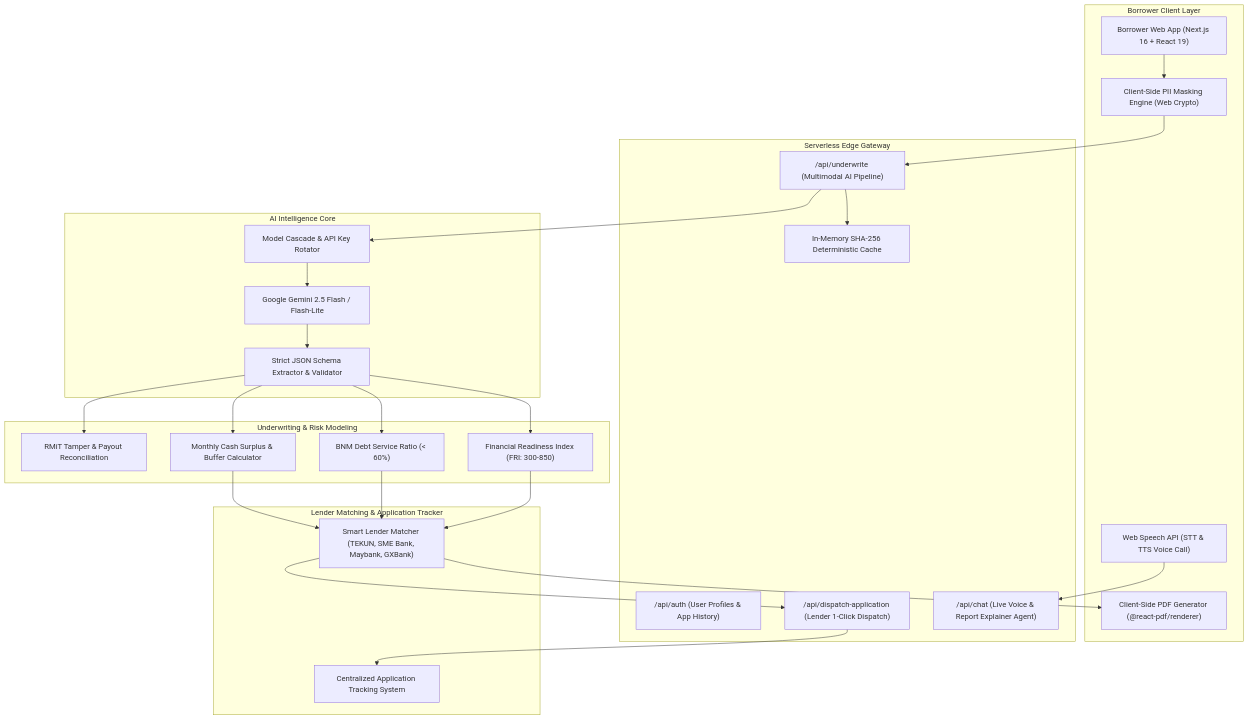
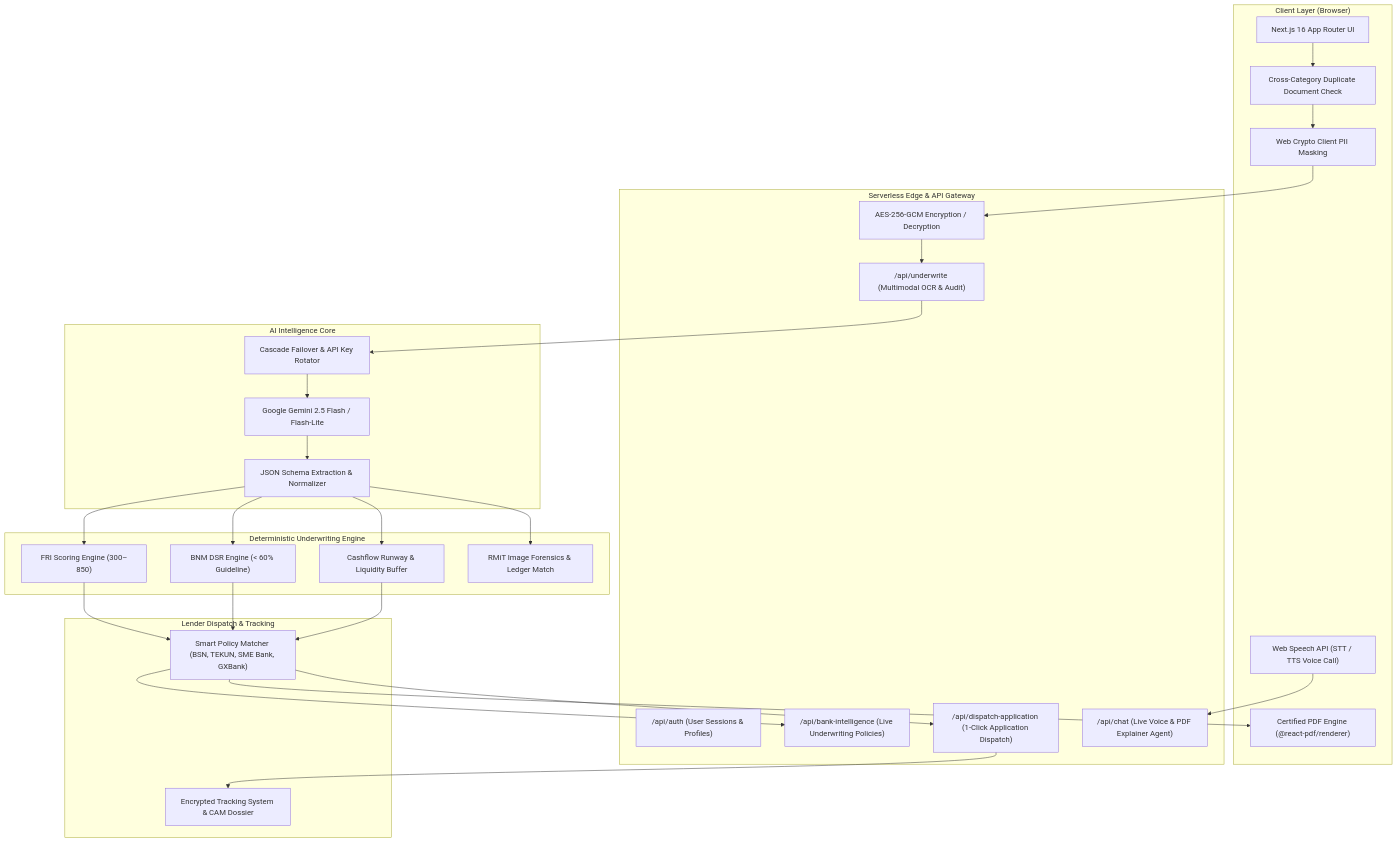
The diagram in README.md (RS-cloud14/Loan-La), drawn with Mermaid before and after one commit. The commit also changed other lines of this file, not shown here.

Commit message:
docs: update README with SME scope, AES-256 security, business model, and full architecture

````diff
--- a/README.md
+++ b/README.md
@@ -109,51 +102,55 @@
 ```mermaid
 graph TD
-    subgraph "Borrower Client Layer"
-        UI["Borrower Web App (Next.js 16 + React 19)"]
-        PII["Client-Side PII Masking Engine (Web Crypto)"]
-        Voice["Web Speech API (STT & TTS Voice Call)"]
-        PDFGen["Client-Side PDF Generator (@react-pdf/renderer)"]
+    subgraph "Client Layer (Browser)"
+        UI["Next.js 16 App Router UI"]
+        DocCheck["Cross-Category Duplicate Document Check"]
+        PII["Web Crypto Client PII Masking"]
+        VoiceAgent["Web Speech API (STT / TTS Voice Call)"]
+        PDFRenderer["Certified PDF Engine (@react-pdf/renderer)"]
     end
 
-    subgraph "Serverless Edge Gateway"
-        AuthAPI["/api/auth (User Profiles & App History)"]
-        UnderwriteAPI["/api/underwrite (Multimodal AI Pipeline)"]
-        ChatAPI["/api/chat (Live Voice & Report Explainer Agent)"]
-        DispatchAPI["/api/dispatch-application (Lender 1-Click Dispatch)"]
-        Cache["In-Memory SHA-256 Deterministic Cache"]
+    subgraph "Serverless Edge & API Gateway"
+        AuthAPI["/api/auth (User Sessions & Profiles)"]
+        UnderwriteAPI["/api/underwrite (Multimodal OCR & Audit)"]
+        ChatAPI["/api/chat (Live Voice & PDF Explainer Agent)"]
+        BankIntelAPI["/api/bank-intelligence (Live Underwriting Policies)"]
+        DispatchAPI["/api/dispatch-application (1-Click Application Dispatch)"]
+        CryptoLayer["AES-256-GCM Encryption / Decryption"]
     end
 
     subgraph "AI Intelligence Core"
         GeminiFlash["Google Gemini 2.5 Flash / Flash-Lite"]
-        Rotator["Model Cascade & API Key Rotator"]
-        JSONParser["Strict JSON Schema Extractor & Validator"]
+        ModelRotator["Cascade Failover & API Key Rotator"]
+        StrictParser["JSON Schema Extraction & Normalizer"]
     end
 
-    subgraph "Underwriting & Risk Modeling"
-        FRIEngine["Financial Readiness Index (FRI: 300-850)"]
-        DSREngine["BNM Debt Service Ratio (< 60%)"]
-        SurplusEngine["Monthly Cash Surplus & Buffer Calculator"]
-        ForensicsEngine["RMiT Tamper & Payout Reconciliation"]
+    subgraph "Deterministic Underwriting Engine"
+        FRICalc["FRI Scoring Engine (300–850)"]
+        DSRCalc["BNM DSR Engine (< 60% Guideline)"]
+        SurplusCalc["Cashflow Runway & Liquidity Buffer"]
+        ForensicsEngine["RMiT Image Forensics & Ledger Match"]
     end
 
-    subgraph "Lender Matching & Application Tracker"
-        Matcher["Smart Lender Matcher (TEKUN, SME Bank, Maybank, GXBank)"]
-        Tracker["Centralized Application Tracking System"]
+    subgraph "Lender Dispatch & Tracking"
+        LenderMatcher["Smart Policy Matcher (BSN, TEKUN, SME Bank, GXBank)"]
+        ApplicationTracker["Encrypted Tracking System & CAM Dossier"]
     end
 
-    UI --> PII
-    PII --> UnderwriteAPI
-    Voice --> ChatAPI
-    UnderwriteAPI --> Cache
-    UnderwriteAPI --> Rotator
-    Rotator --> GeminiFlash
-    GeminiFlash --> JSONParser
-    JSONParser --> FRIEngine
-    JSONParser --> DSREngine
-    JSONParser --> SurplusEngine
-    JSONParser --> ForensicsEngine
-    FRIEngine & DSREngine & SurplusEngine --> Matcher
-    Matcher --> PDFGen
-    Matcher --> DispatchAPI
-    DispatchAPI --> Tracker
+    UI --> DocCheck
+    DocCheck --> PII
+    PII --> CryptoLayer
+    CryptoLayer --> UnderwriteAPI
+    VoiceAgent --> ChatAPI
+    UnderwriteAPI --> ModelRotator
+    ModelRotator --> GeminiFlash
+    GeminiFlash --> StrictParser
+    StrictParser --> FRICalc
+    StrictParser --> DSRCalc
+    StrictParser --> SurplusCalc
+    StrictParser --> ForensicsEngine
+    FRICalc & DSRCalc & SurplusCalc --> LenderMatcher
+    LenderMatcher --> BankIntelAPI
+    LenderMatcher --> PDFRenderer
+    LenderMatcher --> DispatchAPI
+    DispatchAPI --> ApplicationTracker
 ```
````
